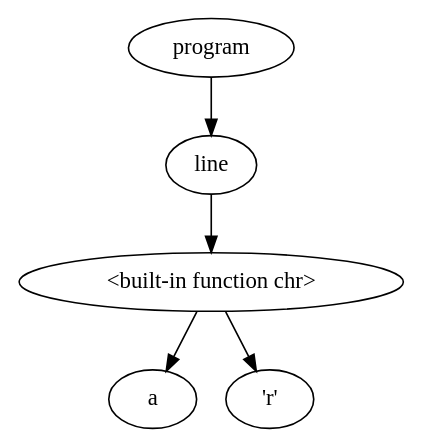
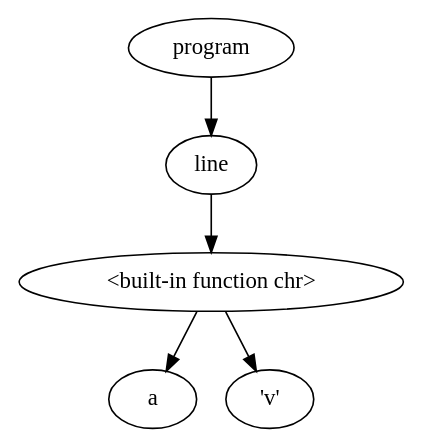
One commit to NielsVandenBroeck/COMP_Compiler changed the diagram in OutputFiles/dotVisualization.dot. Above: the diagram before and after it, drawn with Graphviz. The commit also changed 2 other files, not shown here.

```diff
--- a/OutputFiles/dotVisualization.dot
+++ b/OutputFiles/dotVisualization.dot
@@ -1,13 +1,13 @@
 digraph G { 
-"<AST.AST object at 0x000001AE34856FD0> (0)"[label="program"]
-"<AST.AST object at 0x000001AE34860D60> (1)"[label="line"]
-"<AST.AST object at 0x000001AE34856FD0> (0)"->"<AST.AST object at 0x000001AE34860D60> (1)"
-"<AST.AST object at 0x000001AE34860D60> (1)"[label="line"]
-"<AST.ASTDataType object at 0x000001AE34860AF0> (2)"[label="<built-in function chr>"]
-"<AST.AST object at 0x000001AE34860D60> (1)"->"<AST.ASTDataType object at 0x000001AE34860AF0> (2)"
-"<AST.ASTDataType object at 0x000001AE34860AF0> (2)"[label="<built-in function chr>"]
-"<AST.ASTVariable object at 0x000001AE34860A60> (3)"[label="a"]
-"<AST.ASTDataType object at 0x000001AE34860AF0> (2)"->"<AST.ASTVariable object at 0x000001AE34860A60> (3)"
-"<AST.AST object at 0x000001AE348607C0> (3)"[label="'r'"]
-"<AST.ASTDataType object at 0x000001AE34860AF0> (2)"->"<AST.AST object at 0x000001AE348607C0> (3)"
+"<AST.AST object at 0x000001829FA70FA0> (0)"[label="program"]
+"<AST.AST object at 0x000001829FA70C40> (1)"[label="line"]
+"<AST.AST object at 0x000001829FA70FA0> (0)"->"<AST.AST object at 0x000001829FA70C40> (1)"
+"<AST.AST object at 0x000001829FA70C40> (1)"[label="line"]
+"<AST.ASTDataType object at 0x000001829FA70670> (2)"[label="<built-in function chr>"]
+"<AST.AST object at 0x000001829FA70C40> (1)"->"<AST.ASTDataType object at 0x000001829FA70670> (2)"
+"<AST.ASTDataType object at 0x000001829FA70670> (2)"[label="<built-in function chr>"]
+"<AST.ASTVariable object at 0x000001829FA70CD0> (3)"[label="a"]
+"<AST.ASTDataType object at 0x000001829FA70670> (2)"->"<AST.ASTVariable object at 0x000001829FA70CD0> (3)"
+"<AST.ASTOperator object at 0x000001829FA70F70> (3)"[label="'v'"]
+"<AST.ASTDataType object at 0x000001829FA70670> (2)"->"<AST.ASTOperator object at 0x000001829FA70F70> (3)"
 }
```
